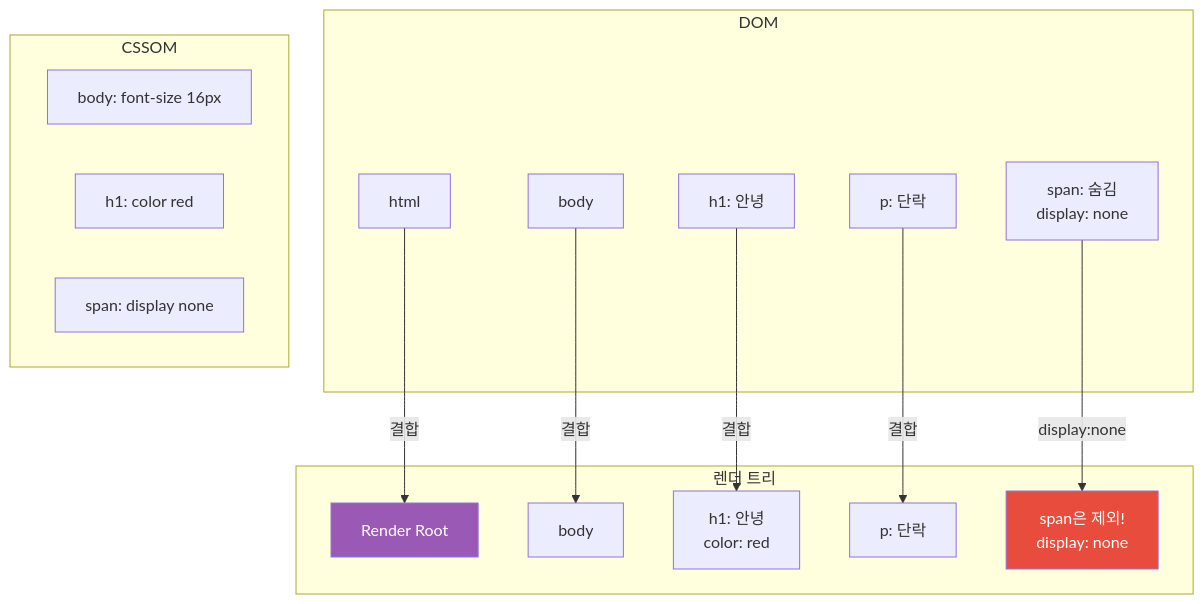
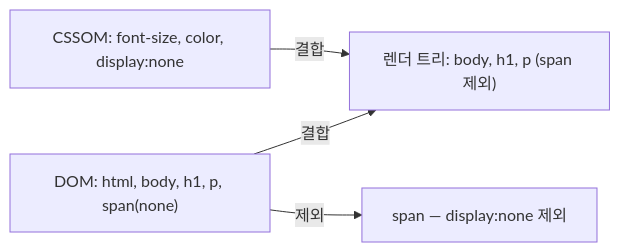
One commit to yjkim2015/yjkim2015.github.io changed the sixth of 10 diagrams in _posts/frontend/2026-05-02-browser-rendering.md. Above: the diagram before and after it, drawn with Mermaid. The commit also changed other lines of this file and 215 other files, not shown here.

First line of the commit message:
신규 포스트 10개 추가 + Mermaid 전면 축소 + SystemDesign 시리즈 보강

````diff
--- a/_posts/frontend/2026-05-02-browser-rendering.md
+++ b/_posts/frontend/2026-05-02-browser-rendering.md
@@ -169,33 +156,10 @@
 ```mermaid
-flowchart TD
-    subgraph "DOM"
-        D_HTML[html]
-        D_BODY[body]
-        D_H1["h1: 안녕"]
-        D_P["p: 단락"]
-        D_SPAN["span: 숨김<br>display: none"]
-    end
-
-    subgraph "CSSOM"
-        C_BODY["body: font-size 16px"]
-        C_H1["h1: color red"]
-        C_SPAN["span: display none"]
-    end
-
-    subgraph "렌더 트리"
-        R_ROOT[Render Root]
-        R_BODY[body]
-        R_H1["h1: 안녕<br>color: red"]
-        R_P["p: 단락"]
-        NOTE["span은 제외!<br>display: none"]
-    end
-
-    D_HTML -->|"결합"| R_ROOT
-    D_BODY -->|"결합"| R_BODY
-    D_H1 -->|"결합"| R_H1
-    D_P -->|"결합"| R_P
-    D_SPAN -->|"display:none"| NOTE
-
-    style NOTE fill:#e74c3c,color:#fff
-    style R_ROOT fill:#9b59b6,color:#fff
+flowchart LR
+    DOM["DOM: html, body, h1, p, span(none)"]
+    CSSOM["CSSOM: font-size, color, display:none"]
+    RT["렌더 트리: body, h1, p (span 제외)"]
+    DOM -->|"결합"| RT
+    CSSOM -->|"결합"| RT
+    EXCL["span — display:none 제외"]
+    DOM -->|"제외"| EXCL
 ```
````
